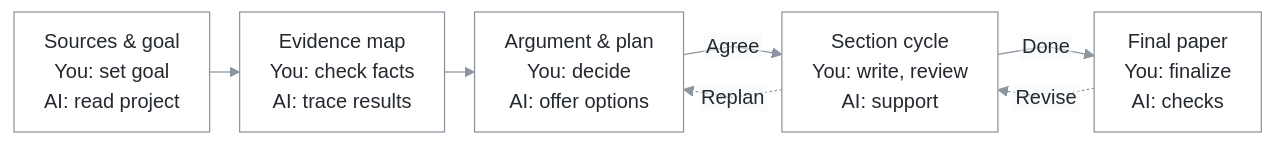
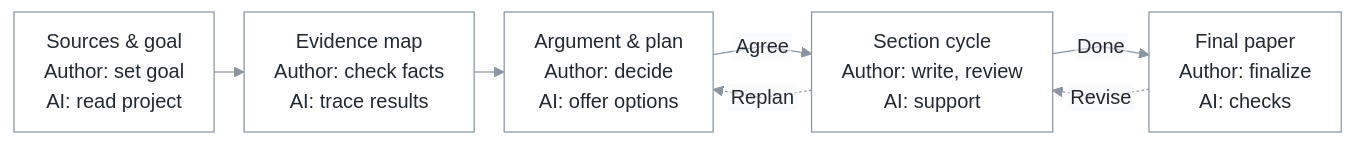
The diagram in README.md (SAFuDarren/paper-shaper), drawn with Mermaid before and after one commit. The commit also changed 1 other file, not shown here.

Commit message:
Make author and AI rows explicit in both English workflows

````diff
--- a/README.md
+++ b/README.md
@@ -17,37 +17,37 @@
 ```mermaid
 ---
 config:
   theme: base
   look: classic
   layout: dagre
   themeCSS: ".edgeLabel rect, .labelBkg { opacity: 1 !important; }"
   themeVariables:
     fontFamily: 'Arial, "PingFang SC", "Microsoft YaHei", "Noto Sans CJK SC", sans-serif'
     fontSize: 16px
     primaryColor: '#ffffff'
     primaryTextColor: '#24292f'
     primaryBorderColor: '#8c959f'
     lineColor: '#8c959f'
     textColor: '#24292f'
     edgeLabelBackground: '#f6f8fa'
   flowchart:
     htmlLabels: false
     nodeSpacing: 24
     rankSpacing: 24
     padding: 12
     wrappingWidth: 180
     curve: linear
 ---
 flowchart LR
-    A["Sources & goal<br/>You: set goal<br/>AI: read project"]
-    B["Evidence map<br/>You: check facts<br/>AI: trace results"]
-    C["Argument & plan<br/>You: decide<br/>AI: offer options"]
-    D["Section cycle<br/>You: write, review<br/>AI: support"]
-    E["Final paper<br/>You: finalize<br/>AI: checks"]
+    A["Sources & goal<br/>Author: set goal<br/>AI: read project"]
+    B["Evidence map<br/>Author: check facts<br/>AI: trace results"]
+    C["Argument & plan<br/>Author: decide<br/>AI: offer options"]
+    D["Section cycle<br/>Author: write, review<br/>AI: support"]
+    E["Final paper<br/>Author: finalize<br/>AI: checks"]
 
     A --> B --> C
     C -->|Agree| D
     D -->|Done| E
     D -.->|Replan| C
     E -.->|Revise| D
 ```
````
